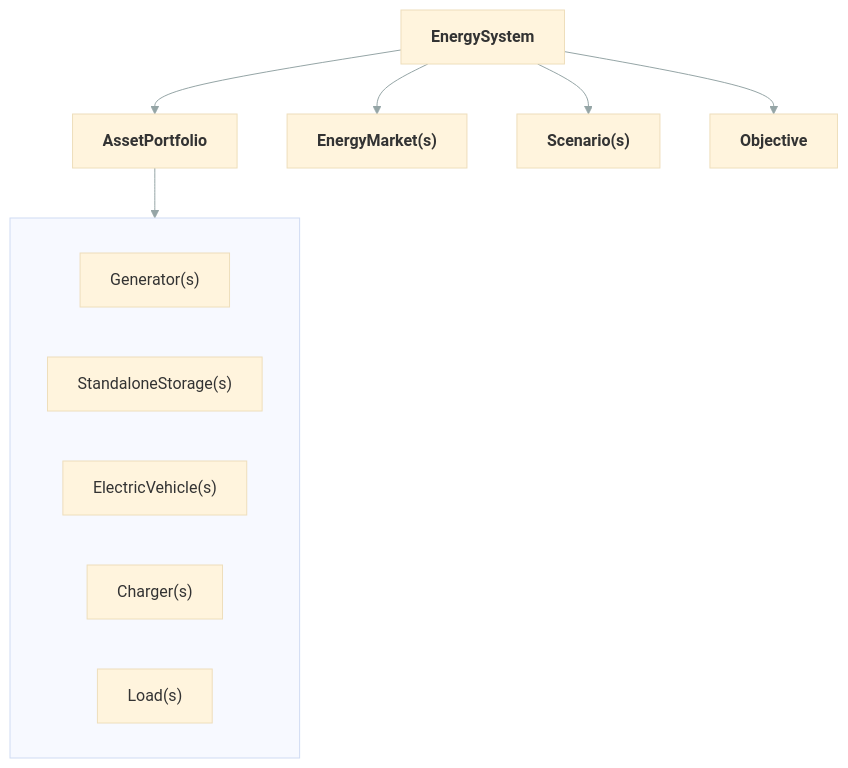
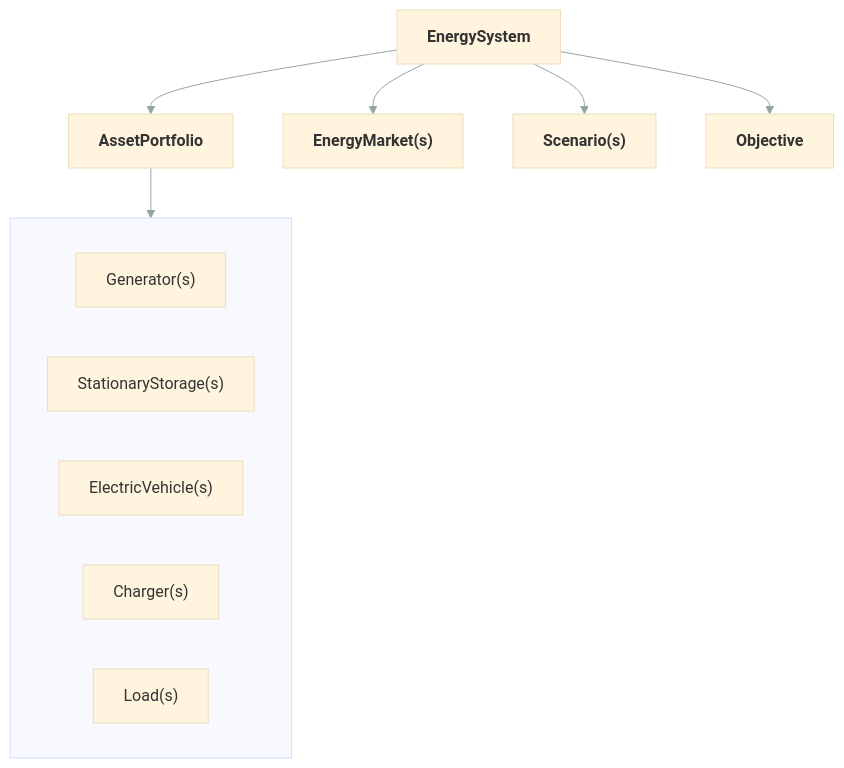
Before and after one commit to ramirocrc/odys: the diagram in docs/user_guide/energy_system.md, drawn with Mermaid. The commit also changed other lines of this file and 98 other files, not shown here.

````diff
--- a/docs/user_guide/energy_system.md
+++ b/docs/user_guide/energy_system.md
@@ -13,23 +13,23 @@
 ```mermaid
 %%{init: {"theme": "base", "themeVariables": {"lineColor": "#95A5A6"}}}%%
 flowchart TD
     ES["<b>EnergySystem</b>"]
     AP["<b>AssetPortfolio</b>"]
     subgraph Assets [ ]
         direction LR
         GEN["Generator(s)"]
-        STO["StandaloneStorage(s)"]
+        STO["StationaryStorage(s)"]
         EV["ElectricVehicle(s)"]
         CHG["Charger(s)"]
         LD["Load(s)"]
     end
     MKT["<b>EnergyMarket(s)</b>"]
     SC["<b>Scenario(s)</b>"]
     OBJ["<b>Objective</b>"]
 
     ES --> AP
     ES --> MKT
     ES --> SC
     ES --> OBJ
     AP --> Assets
 ```
````
